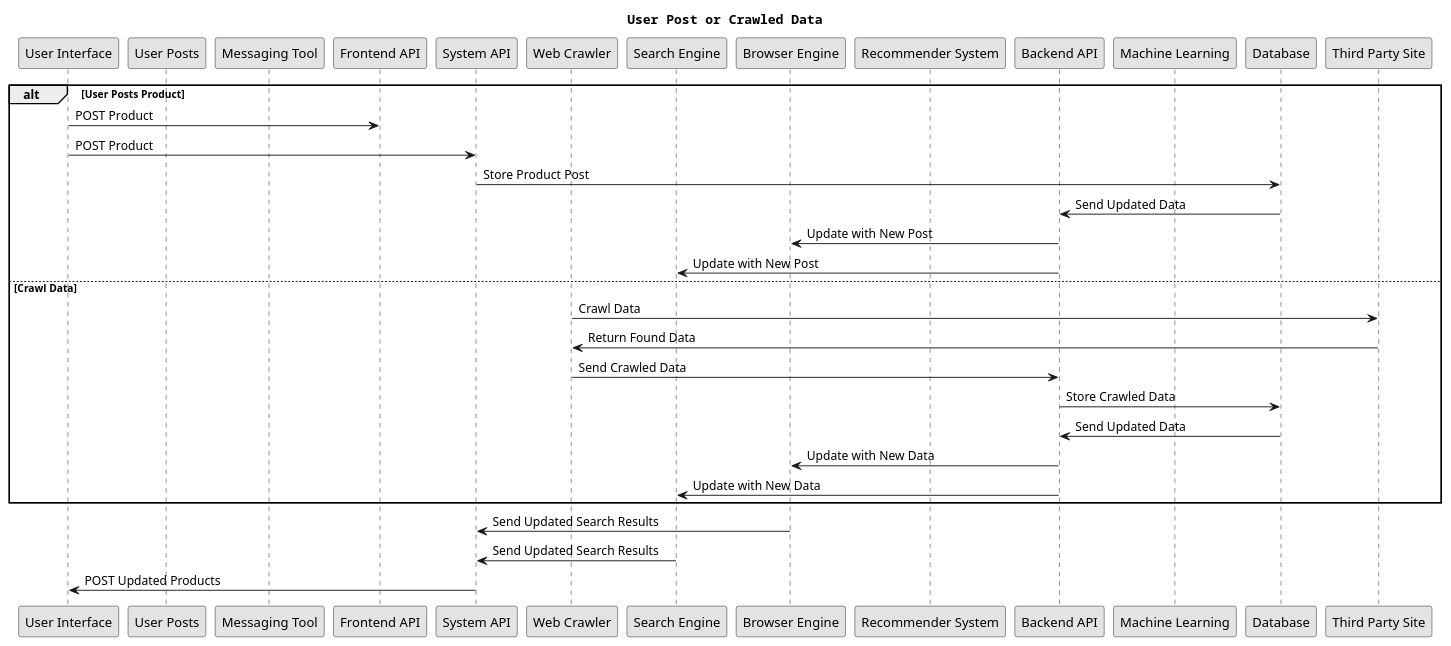
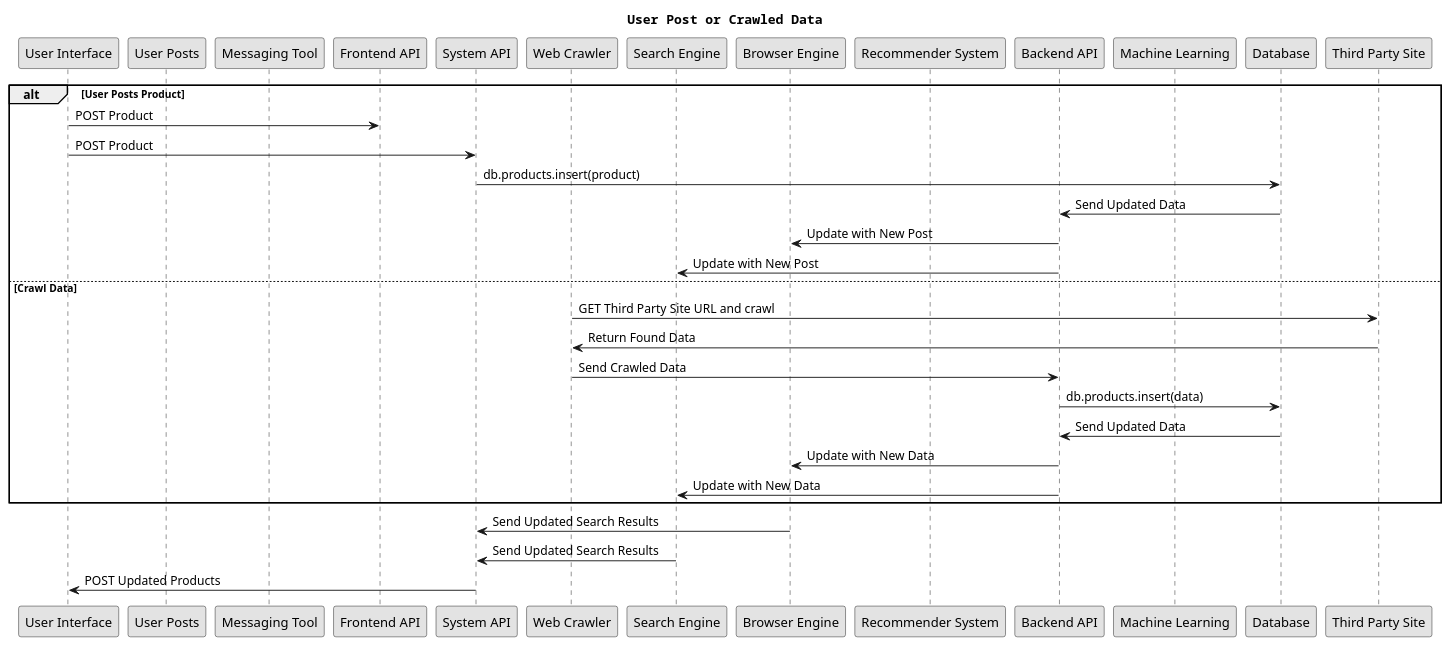
One commit to USI-MSDE-SA-2022/software-architecture-model-tommi27 changed diagram 19 of 20 in src/sa/model/index.md. Above: the diagram before and after it, drawn with PlantUML. The commit also changed other lines of this file, not shown here.

````diff
--- a/src/sa/model/index.md
+++ b/src/sa/model/index.md
@@ -1047,50 +1047,50 @@
 ```puml
 @startuml
 title User Post or Crawled Data
 
 participant "User Interface" as UI
 participant "User Posts" as UP
 participant "Messaging Tool" as MT
 participant "Frontend API" as FRAPI
 
 participant "System API" as API
 
 participant "Web Crawler" as WC
 participant "Search Engine" as SE
 participant "Browser Engine" as BE
 participant "Recommender System" as RS
 participant "Backend API" as BAPI
 participant "Machine Learning" as ML
 participant "Database" as DB
 
 participant "Third Party Site" as TPS
 
 alt User Posts Product
 UI -> FRAPI: POST Product
 UI -> API: POST Product
-API -> DB: Store Product Post
+API -> DB: db.products.insert(product)
 DB -> BAPI: Send Updated Data
 BAPI -> BE: Update with New Post
 BAPI -> SE: Update with New Post
 
 else Crawl Data
-WC -> TPS: Crawl Data
+WC -> TPS: GET Third Party Site URL and crawl
 TPS -> WC: Return Found Data
 WC -> BAPI: Send Crawled Data
-BAPI -> DB: Store Crawled Data
+BAPI -> DB: db.products.insert(data)
 DB -> BAPI: Send Updated Data
 BAPI -> BE: Update with New Data
 BAPI -> SE: Update with New Data
 end
 
 BE -> API: Send Updated Search Results
 SE -> API: Send Updated Search Results
 
 API -> UI: POST Updated Products
 
 
 skinparam monochrome true
 skinparam shadowing false
 skinparam defaultFontName Courier
 @enduml
 ```
````
